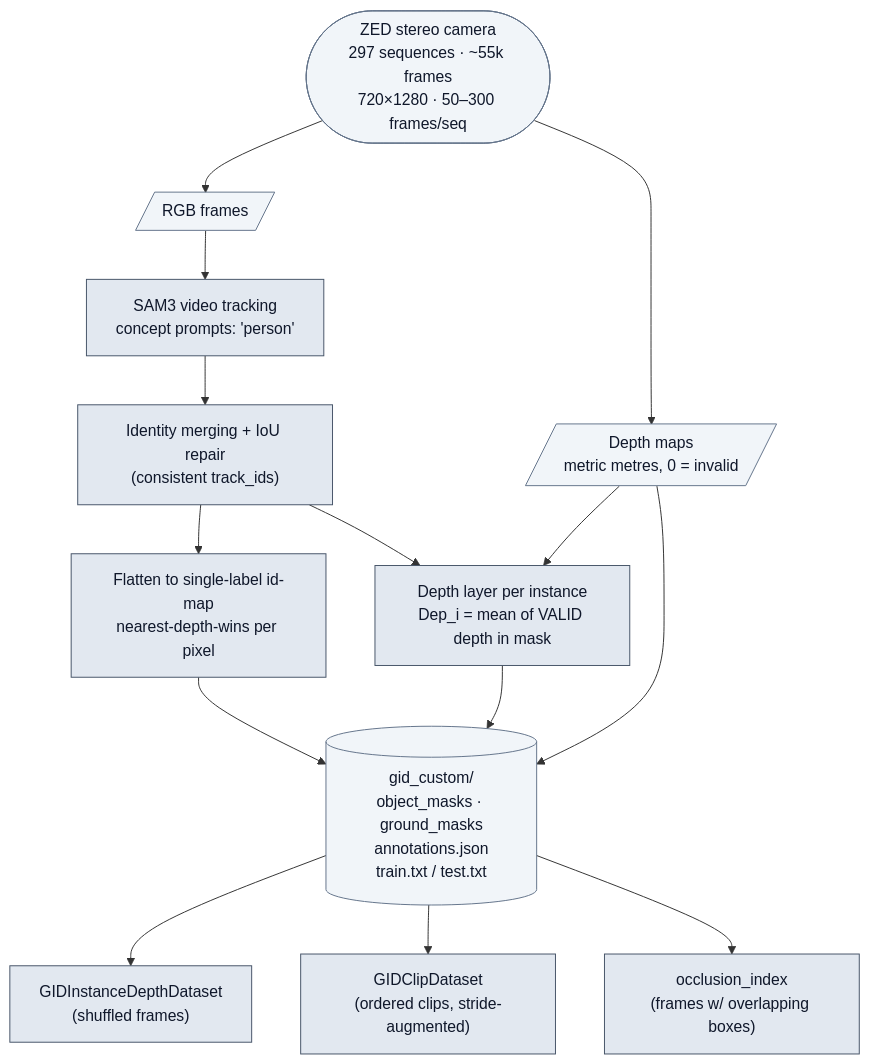
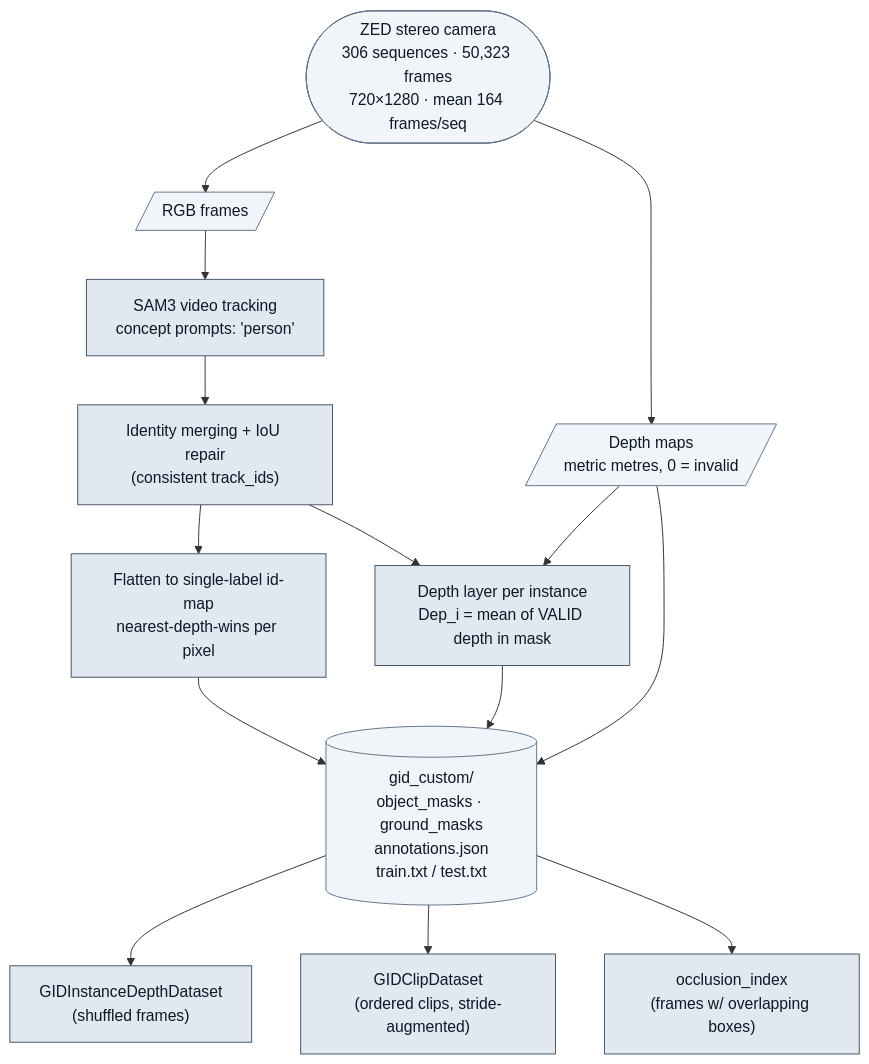
Before and after one commit to KSJanjua/ProCodes: the second of 10 diagrams in docs/ARCHITECTURE.md, drawn with Mermaid. The commit also changed 2 other files, not shown here.

Commit message:
paper: add Dataset & Annotation Pipeline (Sec. 4); fix stale dataset counts in docs
- Sec. 4: acquisition + verified statistics from instancedepth/meta.json
  (306 sequences / 50,323 frames; 245 train / 61 test; 2.34 people/frame;
  object-depth histogram), the automatic annotation pipeline, and Table 1.
  Annotation-quality validation deliberately left as a marked gap (G1);
  no quality/MAE numbers written.
- docs: correct ARCHITECTURE.md and KT_Walkthrough.md dataset counts to the
  authoritative meta.json values (were ~297/~55k; actually 306/50,323).

````diff
--- a/docs/ARCHITECTURE.md
+++ b/docs/ARCHITECTURE.md
@@ -84,23 +84,23 @@
 ```mermaid
 flowchart TB
-    CAM([ZED stereo camera<br/>297 sequences · ~55k frames<br/>720×1280 · 50–300 frames/seq]):::io
+    CAM([ZED stereo camera<br/>306 sequences · 50,323 frames<br/>720×1280 · mean 164 frames/seq]):::io
     CAM --> RGBF[/"RGB frames"/]:::io
     CAM --> DEPTHF[/"Depth maps<br/>metric metres, 0 = invalid"/]:::io
 
     RGBF --> SAM["SAM3 video tracking<br/>concept prompts: 'person'"]:::data
     SAM --> IDS["Identity merging + IoU repair<br/>(consistent track_ids)"]:::data
     IDS --> FLAT["Flatten to single-label id-map<br/>nearest-depth-wins per pixel"]:::data
     DEPTHF --> LAYER["Depth layer per instance<br/>Dep_i = mean of VALID depth in mask"]:::data
     IDS --> LAYER
 
     FLAT --> ANN[("gid_custom/<br/>object_masks · ground_masks<br/>annotations.json<br/>train.txt / test.txt")]:::io
     LAYER --> ANN
     DEPTHF --> ANN
 
     ANN --> DS1["GIDInstanceDepthDataset<br/>(shuffled frames)"]:::data
     ANN --> DS2["GIDClipDataset<br/>(ordered clips, stride-augmented)"]:::data
     ANN --> DS3["occlusion_index<br/>(frames w/ overlapping boxes)"]:::data
 
     classDef data fill:#e2e8f0,stroke:#475569,color:#0f172a
     classDef io fill:#f1f5f9,stroke:#64748b,color:#0f172a
 ```
````
